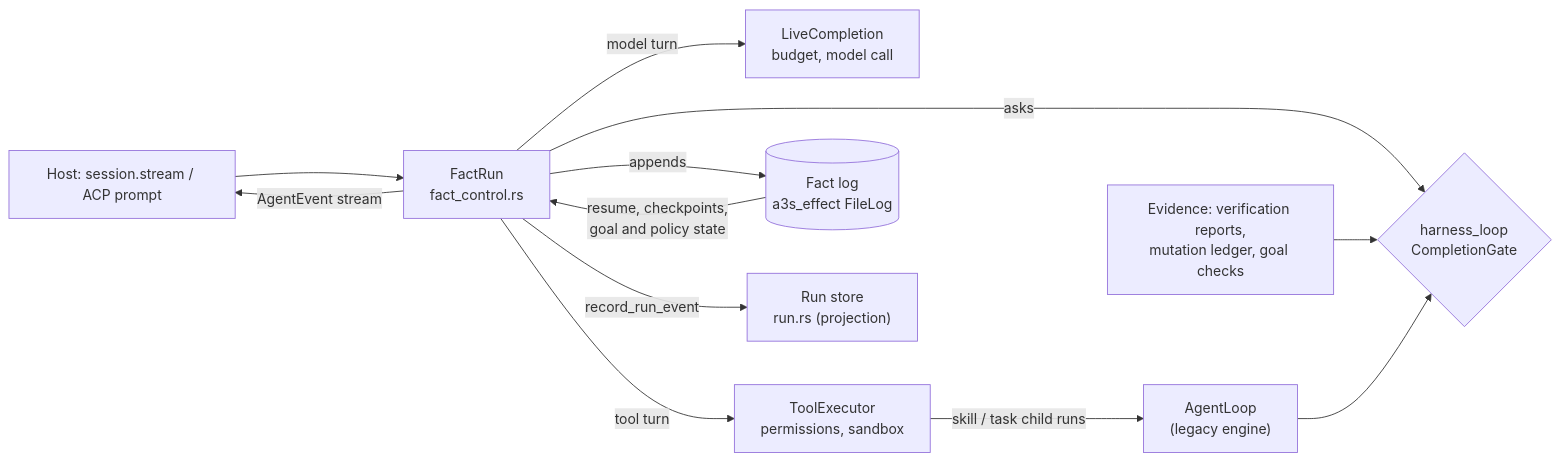
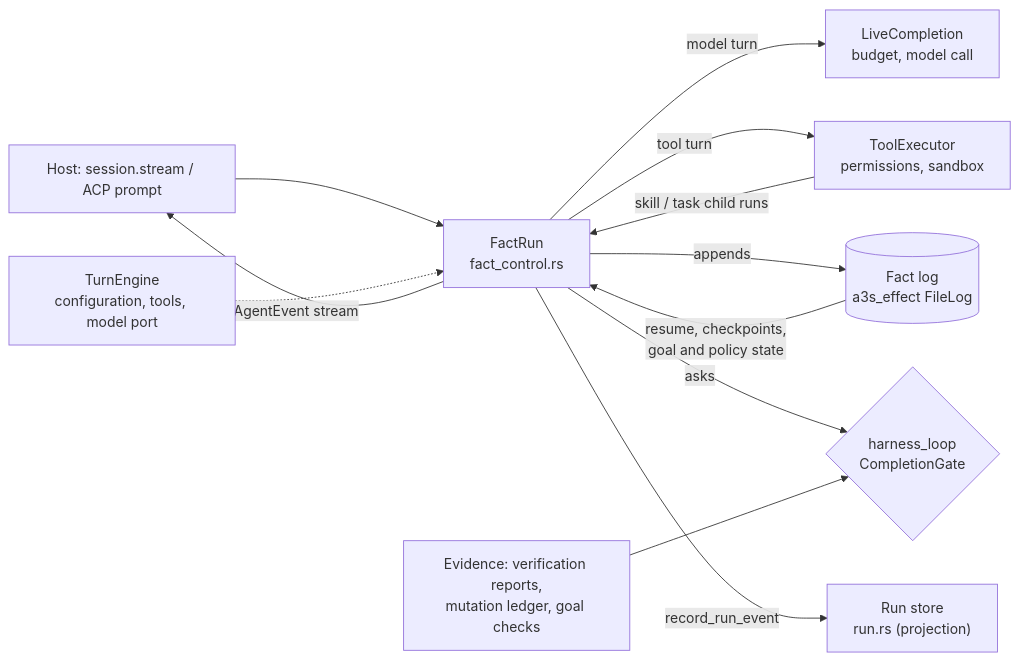
One commit to A3S-Lab/Code changed the diagram in docs/architecture/core-authorities.md. Above: the diagram before and after it, drawn with Mermaid. The commit also changed other lines of this file and 112 other files, not shown here.

````diff
--- a/docs/architecture/core-authorities.md
+++ b/docs/architecture/core-authorities.md
@@ -10,14 +10,14 @@
 ```mermaid
 flowchart LR
     Host["Host: session.stream / ACP prompt"] --> FactRun["FactRun<br/>fact_control.rs"]
     FactRun -->|model turn| LiveCompletion["LiveCompletion<br/>budget, model call"]
     FactRun -->|tool turn| Tools["ToolExecutor<br/>permissions, sandbox"]
     FactRun -->|appends| FactLog[("Fact log<br/>a3s_effect FileLog")]
     FactRun -->|asks| Gate{"harness_loop<br/>CompletionGate"}
     Evidence["Evidence: verification reports,<br/>mutation ledger, goal checks"] --> Gate
     FactLog -->|resume, checkpoints,<br/>goal and policy state| FactRun
     FactRun -->|record_run_event| RunStore["Run store<br/>run.rs (projection)"]
     FactRun -->|AgentEvent stream| Host
-    Tools -->|"skill / task child runs"| AgentLoop["AgentLoop<br/>(legacy engine)"]
-    AgentLoop --> Gate
+    Tools -->|"skill / task child runs"| FactRun
+    Engine["TurnEngine<br/>configuration, tools, model port"] -.-> FactRun
 ```
````
